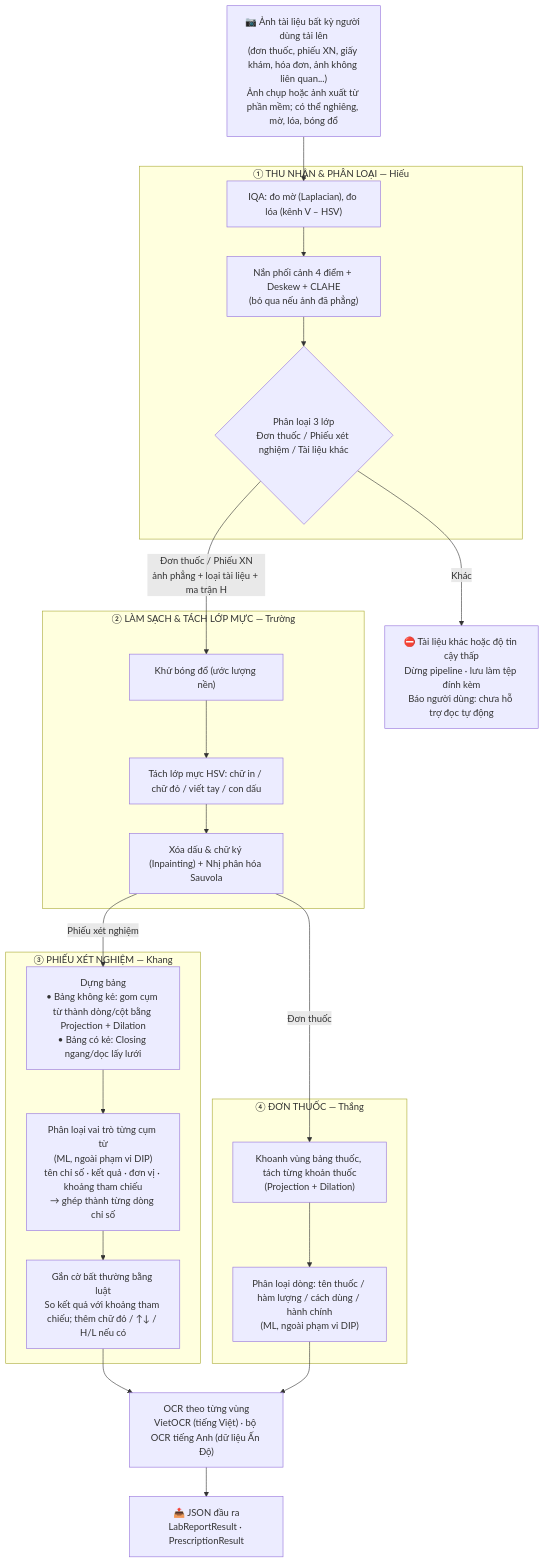
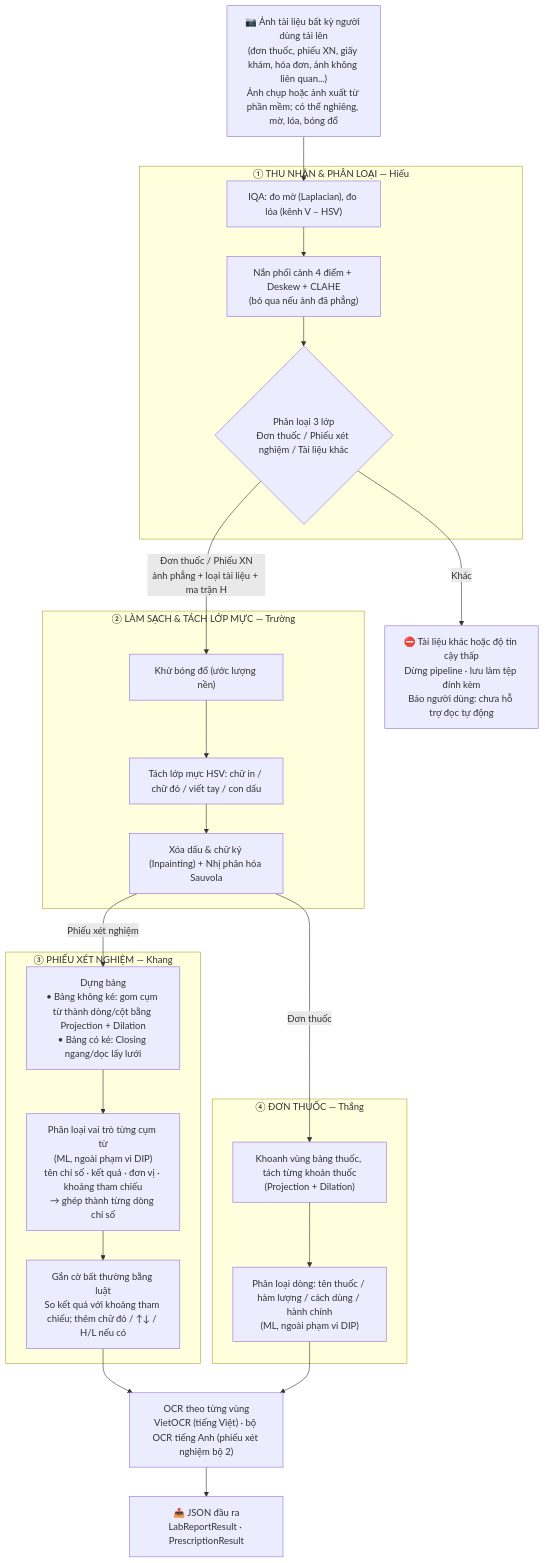
The diagram in team/PhanCong_TongHop.md (KhangDaoz/dip), drawn with Mermaid before and after one commit. The commit also changed other lines of this file and 29 other files, not shown here.

````diff
--- a/team/PhanCong_TongHop.md
+++ b/team/PhanCong_TongHop.md
@@ -14,42 +14,42 @@
 ```mermaid
 flowchart TD
     IN["📷 Ảnh tài liệu bất kỳ người dùng tải lên<br>(đơn thuốc, phiếu XN, giấy khám, hóa đơn, ảnh không liên quan...)<br>Ảnh chụp hoặc ảnh xuất từ phần mềm; có thể nghiêng, mờ, lóa, bóng đổ"]
 
     subgraph S1 ["① THU NHẬN & PHÂN LOẠI — Hiếu"]
         A1["IQA: đo mờ (Laplacian), đo lóa (kênh V – HSV)"]
         A2["Nắn phối cảnh 4 điểm + Deskew + CLAHE<br>(bỏ qua nếu ảnh đã phẳng)"]
         A3{"Phân loại 3 lớp<br>Đơn thuốc / Phiếu xét nghiệm / Tài liệu khác"}
     end
 
     X["⛔ Tài liệu khác hoặc độ tin cậy thấp<br>Dừng pipeline · lưu làm tệp đính kèm<br>Báo người dùng: chưa hỗ trợ đọc tự động"]
 
     subgraph S2 ["② LÀM SẠCH & TÁCH LỚP MỰC — Trường"]
         B1["Khử bóng đổ (ước lượng nền)"]
         B2["Tách lớp mực HSV: chữ in / chữ đỏ / viết tay / con dấu"]
         B3["Xóa dấu & chữ ký (Inpainting) + Nhị phân hóa Sauvola"]
     end
 
     subgraph S3 ["③ PHIẾU XÉT NGHIỆM — Khang"]
         C1["Dựng bảng<br>• Bảng không kẻ: gom cụm từ thành dòng/cột bằng Projection + Dilation<br>• Bảng có kẻ: Closing ngang/dọc lấy lưới"]
         C2["Phân loại vai trò từng cụm từ<br>(ML, ngoài phạm vi DIP)<br>tên chỉ số · kết quả · đơn vị · khoảng tham chiếu<br>→ ghép thành từng dòng chỉ số"]
         C3["Gắn cờ bất thường bằng luật<br>So kết quả với khoảng tham chiếu; thêm chữ đỏ / ↑↓ / H/L nếu có"]
     end
 
     subgraph S4 ["④ ĐƠN THUỐC — Thắng"]
         D1["Khoanh vùng bảng thuốc, tách từng khoản thuốc<br>(Projection + Dilation)"]
         D2["Phân loại dòng: tên thuốc / hàm lượng / cách dùng / hành chính<br>(ML, ngoài phạm vi DIP)"]
     end
 
-    OCR["OCR theo từng vùng<br>VietOCR (tiếng Việt) · bộ OCR tiếng Anh (dữ liệu Ấn Độ)"]
+    OCR["OCR theo từng vùng<br>VietOCR (tiếng Việt) · bộ OCR tiếng Anh (phiếu xét nghiệm bộ 2)"]
 
     OUT["📤 JSON đầu ra<br>LabReportResult · PrescriptionResult"]
 
     IN --> A1 --> A2 --> A3
     A3 -->|"Đơn thuốc / Phiếu XN<br>ảnh phẳng + loại tài liệu + ma trận H"| B1 --> B2 --> B3
     A3 -->|Khác| X
     B3 -->|Phiếu xét nghiệm| C1 --> C2 --> C3
     B3 -->|Đơn thuốc| D1 --> D2
     C3 --> OCR
     D2 --> OCR
     OCR --> OUT
 ```
````
